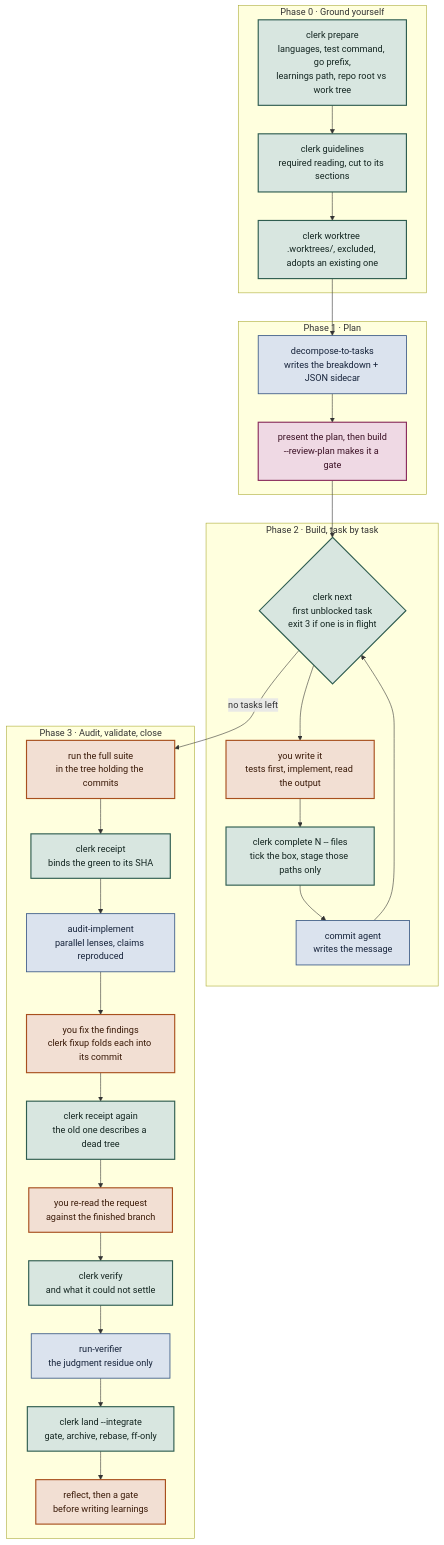
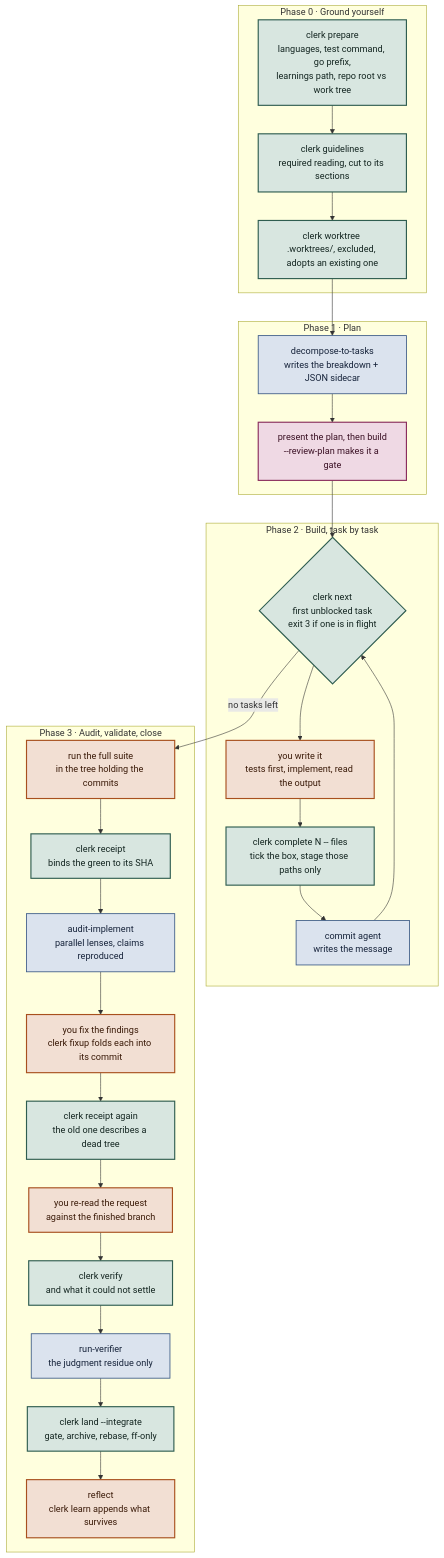
The first of 3 diagrams in link/common/dot-config/.config/ai/method/README.md (hpcsc/dotfiles), drawn with Mermaid before and after one commit. The commit also changed other lines of this file and 5 other files, not shown here.

````diff
--- a/link/common/dot-config/.config/ai/method/README.md
+++ b/link/common/dot-config/.config/ai/method/README.md
@@ -62,40 +62,40 @@
 ```mermaid
 flowchart TD
   subgraph P0["Phase 0 · Ground yourself"]
     A["clerk prepare<br/>languages, test command, go prefix,<br/>learnings path, repo root vs work tree"]
     A --> B["clerk guidelines<br/>required reading, cut to its sections"]
     B --> C["clerk worktree <name><br/>.worktrees/, excluded, adopts an existing one"]
   end
   subgraph P1["Phase 1 · Plan"]
     C --> D["decompose-to-tasks<br/>writes the breakdown + JSON sidecar"]
     D --> G1["present the plan, then build<br/>--review-plan makes it a gate"]
   end
   subgraph P2["Phase 2 · Build, task by task"]
     G1 --> E{"clerk next<br/>first unblocked task<br/>exit 3 if one is in flight"}
     E --> F["you write it<br/>tests first, implement, read the output"]
     F --> H["clerk complete N -- files<br/>tick the box, stage those paths only"]
     H --> I["commit agent<br/>writes the message"]
     I --> E
   end
   subgraph P3["Phase 3 · Audit, validate, close"]
     E -->|"no tasks left"| J["run the full suite<br/>in the tree holding the commits"]
     J --> K["clerk receipt<br/>binds the green to its SHA"]
     K --> L["audit-implement<br/>parallel lenses, claims reproduced"]
     L --> M["you fix the findings<br/>clerk fixup folds each into its commit"]
     M --> N["clerk receipt again<br/>the old one describes a dead tree"]
     N --> O["you re-read the request<br/>against the finished branch"]
     O --> P["clerk verify<br/>and what it could not settle"]
     P --> Q["run-verifier<br/>the judgment residue only"]
     Q --> R["clerk land --integrate<br/>gate, archive, rebase, ff-only"]
-    R --> S["reflect, then a gate<br/>before writing learnings"]
+    R --> S["reflect<br/>clerk learn appends what survives"]
   end
   classDef clerk fill:#D8E6E0,stroke:#2F5D50,stroke-width:2px,color:#132520
   classDef you fill:#F2DFD3,stroke:#A8501E,stroke-width:2px,color:#3A1A08
   classDef agent fill:#DBE3EE,stroke:#3E5C88,stroke-width:1.5px,color:#16233A
   classDef gate fill:#EFD9E4,stroke:#8A2E5D,stroke-width:2px,color:#3A1024
   class A,B,C,E,H,K,N,P,R clerk
   class F,M,O,S you
   class D,I,L,Q agent
   class G1 gate
   class J you
 ```
````
